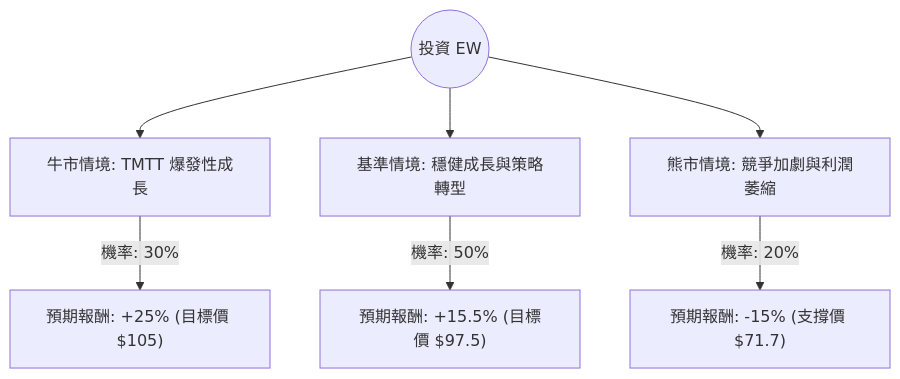
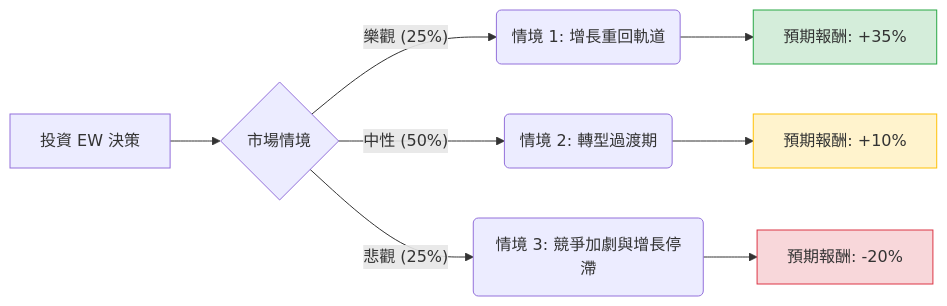
One commit to zmcx16/zmcx16.github.io changed the diagram in plugin-react/ai-analysis/ev-analysis/EW.md. Above: the diagram before and after it, drawn with Mermaid. The commit also changed other lines of this file and 79 other files, not shown here.

````diff
--- a/plugin-react/ai-analysis/ev-analysis/EW.md
+++ b/plugin-react/ai-analysis/ev-analysis/EW.md
@@ -19,10 +20,16 @@
 ```mermaid
-graph TD
-    Start((投資 EW)) --> Bull[牛市情境: TMTT 爆發性成長]
-    Start --> Base[基準情境: 穩健成長與策略轉型]
-    Start --> Bear[熊市情境: 競爭加劇與利潤萎縮]
+graph LR
+    A[投資 EW 決策] --> B{市場情境}
+    
+    B -- 樂觀 (25%) --> C(情境 1: 增長重回軌道)
+    B -- 中性 (50%) --> D(情境 2: 轉型過渡期)
+    B -- 悲觀 (25%) --> E(情境 3: 競爭加劇與增長停滯)
 
-    Bull -- "機率: 30%" --> BullVal["預期報酬: +25% (目標價 $105)"]
-    Base -- "機率: 50%" --> BaseVal["預期報酬: +15.5% (目標價 $97.5)"]
-    Bear -- "機率: 20%" --> BearVal["預期報酬: -15% (支撐價 $71.7)"]
+    C --> C1[預期報酬: +35%]
+    D --> D1[預期報酬: +10%]
+    E --> E1[預期報酬: -20%]
+
+    style C1 fill:#d4edda,stroke:#28a745
+    style D1 fill:#fff3cd,stroke:#ffc107
+    style E1 fill:#f8d7da,stroke:#dc3545
 ```
````
